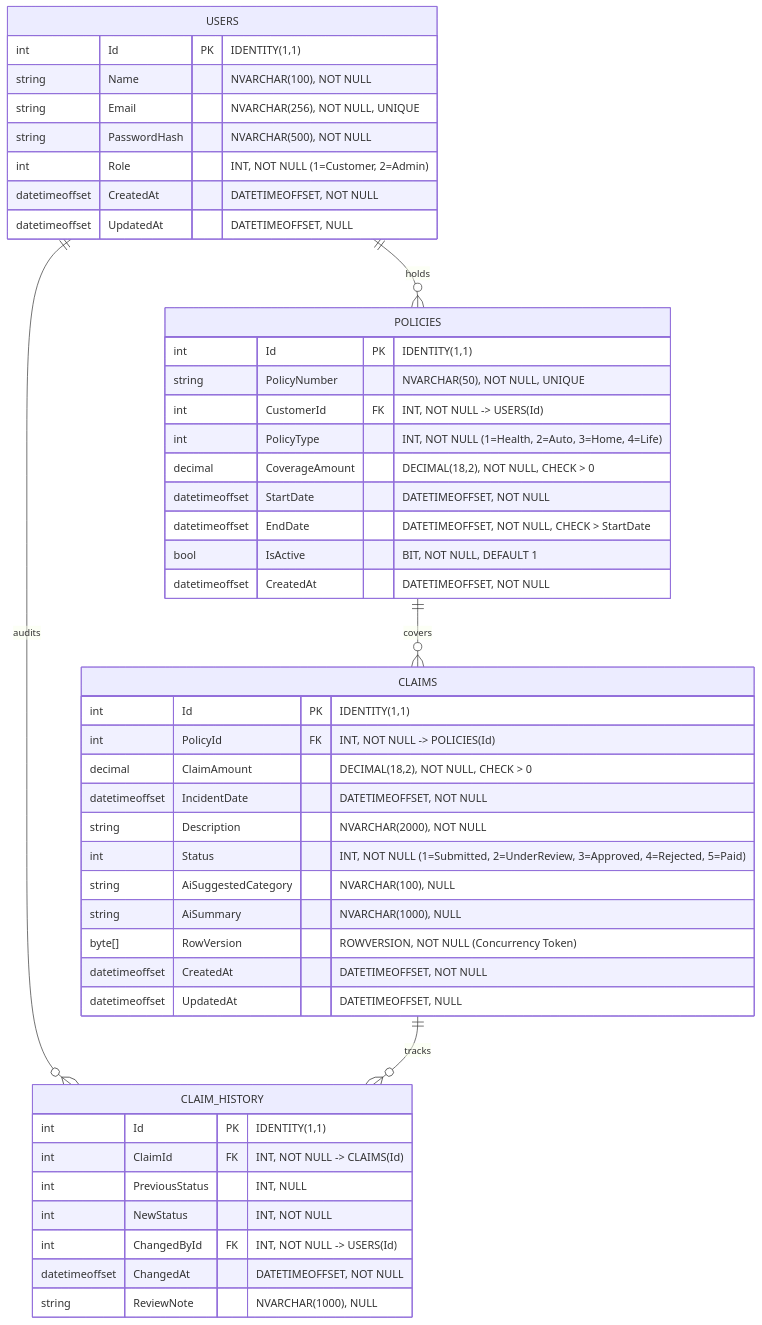
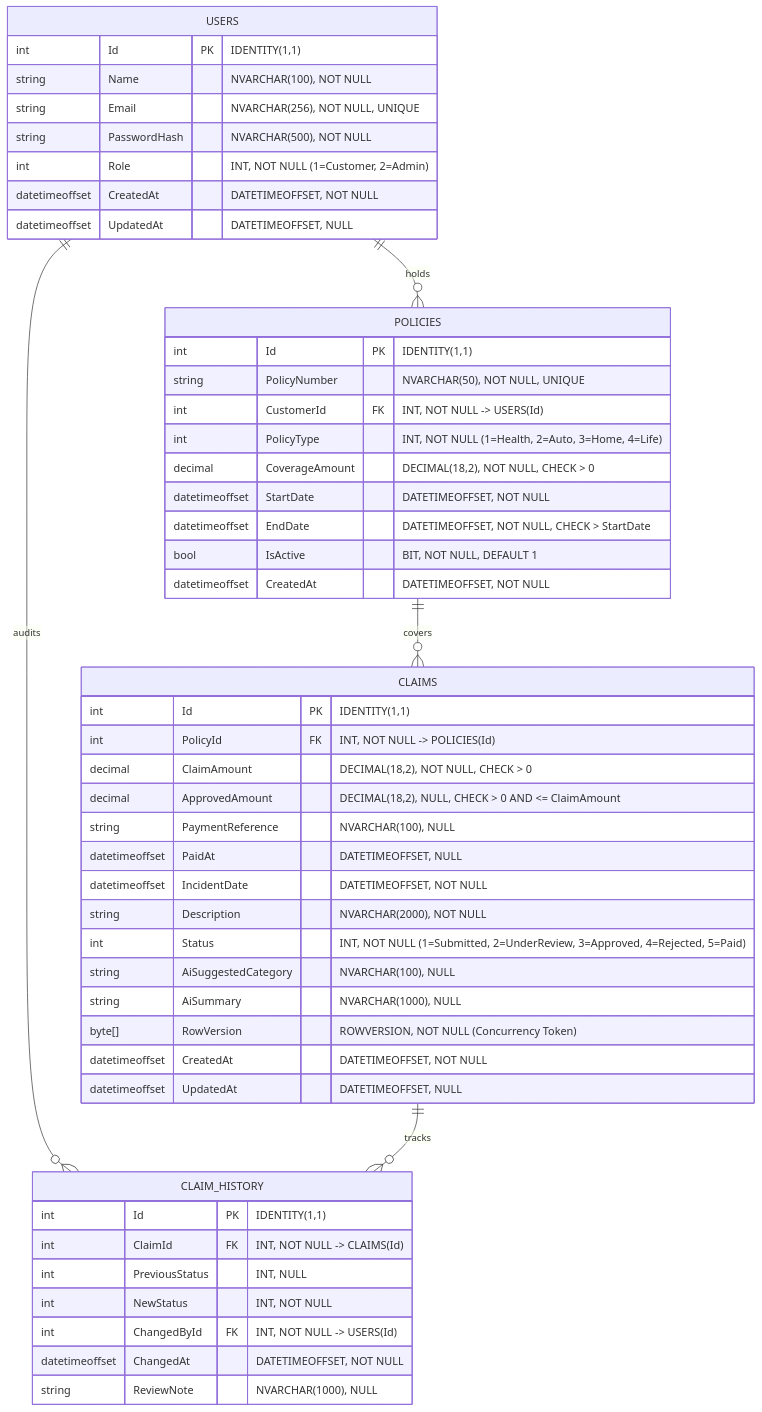
The first of 2 diagrams in docs/DATABASE_SCHEMA.md (Ashish-Yadav23/Insurance-Claims-Tracker), drawn with Mermaid before and after one commit. The commit also changed other lines of this file and 22 other files, not shown here.

````diff
--- a/docs/DATABASE_SCHEMA.md
+++ b/docs/DATABASE_SCHEMA.md
@@ -7,53 +7,56 @@
 ```mermaid
 erDiagram
     USERS ||--o{ POLICIES : "holds"
     USERS ||--o{ CLAIM_HISTORY : "audits"
     POLICIES ||--o{ CLAIMS : "covers"
     CLAIMS ||--o{ CLAIM_HISTORY : "tracks"
 
     USERS {
         int Id PK "IDENTITY(1,1)"
         string Name "NVARCHAR(100), NOT NULL"
         string Email "NVARCHAR(256), NOT NULL, UNIQUE"
         string PasswordHash "NVARCHAR(500), NOT NULL"
         int Role "INT, NOT NULL (1=Customer, 2=Admin)"
         datetimeoffset CreatedAt "DATETIMEOFFSET, NOT NULL"
         datetimeoffset UpdatedAt "DATETIMEOFFSET, NULL"
     }
 
     POLICIES {
         int Id PK "IDENTITY(1,1)"
         string PolicyNumber "NVARCHAR(50), NOT NULL, UNIQUE"
         int CustomerId FK "INT, NOT NULL -> USERS(Id)"
         int PolicyType "INT, NOT NULL (1=Health, 2=Auto, 3=Home, 4=Life)"
         decimal CoverageAmount "DECIMAL(18,2), NOT NULL, CHECK > 0"
         datetimeoffset StartDate "DATETIMEOFFSET, NOT NULL"
         datetimeoffset EndDate "DATETIMEOFFSET, NOT NULL, CHECK > StartDate"
         bool IsActive "BIT, NOT NULL, DEFAULT 1"
         datetimeoffset CreatedAt "DATETIMEOFFSET, NOT NULL"
     }
 
     CLAIMS {
         int Id PK "IDENTITY(1,1)"
         int PolicyId FK "INT, NOT NULL -> POLICIES(Id)"
         decimal ClaimAmount "DECIMAL(18,2), NOT NULL, CHECK > 0"
+        decimal ApprovedAmount "DECIMAL(18,2), NULL, CHECK > 0 AND <= ClaimAmount"
+        string PaymentReference "NVARCHAR(100), NULL"
+        datetimeoffset PaidAt "DATETIMEOFFSET, NULL"
         datetimeoffset IncidentDate "DATETIMEOFFSET, NOT NULL"
         string Description "NVARCHAR(2000), NOT NULL"
         int Status "INT, NOT NULL (1=Submitted, 2=UnderReview, 3=Approved, 4=Rejected, 5=Paid)"
         string AiSuggestedCategory "NVARCHAR(100), NULL"
         string AiSummary "NVARCHAR(1000), NULL"
         byte[] RowVersion "ROWVERSION, NOT NULL (Concurrency Token)"
         datetimeoffset CreatedAt "DATETIMEOFFSET, NOT NULL"
         datetimeoffset UpdatedAt "DATETIMEOFFSET, NULL"
     }
 
     CLAIM_HISTORY {
         int Id PK "IDENTITY(1,1)"
         int ClaimId FK "INT, NOT NULL -> CLAIMS(Id)"
         int PreviousStatus "INT, NULL"
         int NewStatus "INT, NOT NULL"
         int ChangedById FK "INT, NOT NULL -> USERS(Id)"
         datetimeoffset ChangedAt "DATETIMEOFFSET, NOT NULL"
         string ReviewNote "NVARCHAR(1000), NULL"
     }
 ```
````
